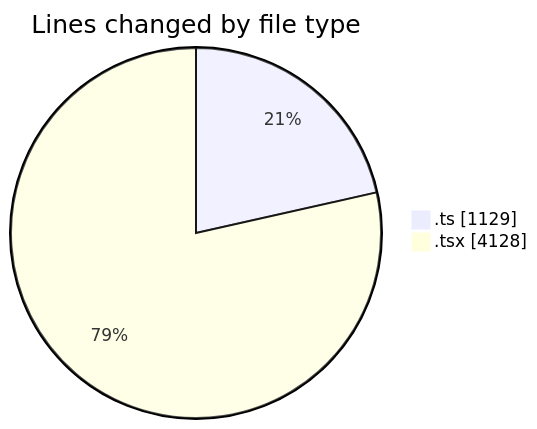
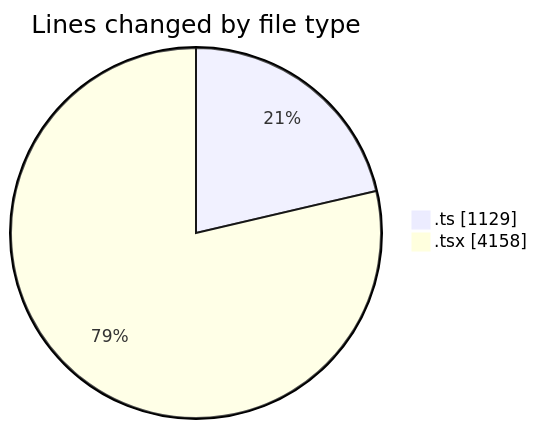
One commit to momahboobian/code-tracking changed the first of 2 diagrams in 2025-09-02/cda/README.md. Above: the diagram before and after it, drawn with Mermaid. The commit also changed other lines of this file and 1 other file, not shown here.

````diff
--- a/2025-09-02/cda/README.md
+++ b/2025-09-02/cda/README.md
@@ -29,6 +29,6 @@
 ```mermaid
 pie showData
 title Lines changed by file type
 ".ts" : 1129
-".tsx" : 4128
+".tsx" : 4158
 ```
````
